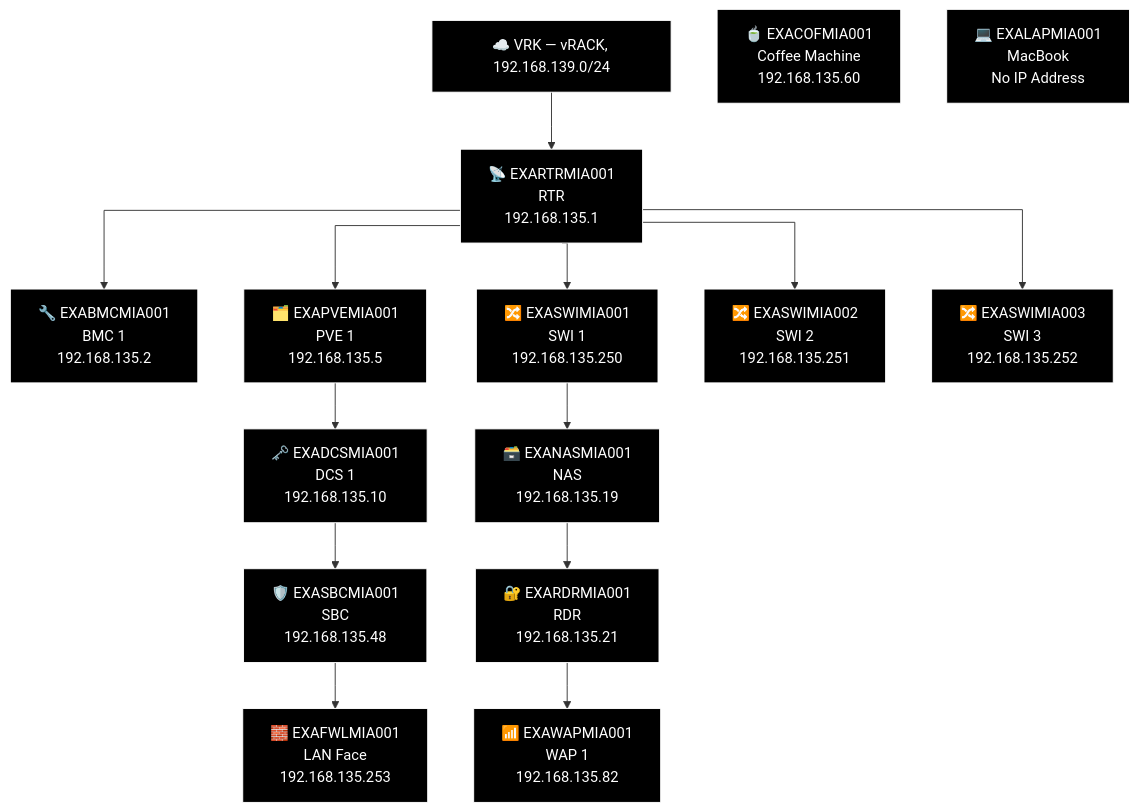
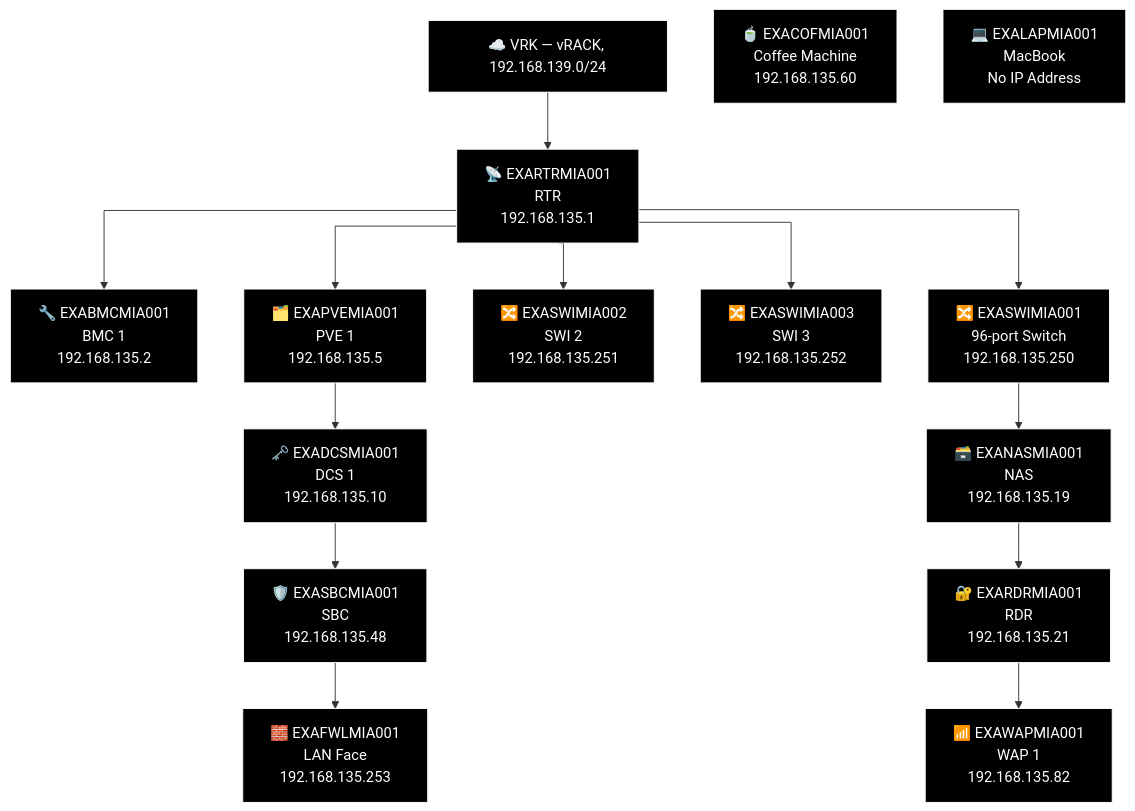
One commit to knightmare2600/example_music_infra changed diagram 11 of 21 in docs/network-diagram/united-states.md. Above: the diagram before and after it, drawn with Mermaid. The commit also changed other lines of this file and 20 other files, not shown here.

````diff
--- a/docs/network-diagram/united-states.md
+++ b/docs/network-diagram/united-states.md
@@ -441,44 +441,44 @@
 ```mermaid
 %% GENERATED:TOPOLOGY:MIA:START
 %%{init: {'flowchart': {'curve': 'stepAfter'}}}%%
 graph TD
     T_VRK["☁️ VRK — vRACK, 192.168.139.0/24"]
     T_RTR["📡 EXARTRMIA001<br/>RTR<br/>192.168.135.1"]
     T_VRK --> T_RTR
     T_BMC["🔧 EXABMCMIA001<br/>BMC 1<br/>192.168.135.2"]
     T_RTR --> T_BMC
     T_PVE["🗂️ EXAPVEMIA001<br/>PVE 1<br/>192.168.135.5"]
     T_RTR --> T_PVE
-    T_SWI["🔀 EXASWIMIA001<br/>SWI 1<br/>192.168.135.250"]
+    T_SWI["🔀 EXASWIMIA002<br/>SWI 2<br/>192.168.135.251"]
     T_RTR --> T_SWI
-    T_SWI2["🔀 EXASWIMIA002<br/>SWI 2<br/>192.168.135.251"]
+    T_SWI2["🔀 EXASWIMIA003<br/>SWI 3<br/>192.168.135.252"]
     T_RTR --> T_SWI2
-    T_SWI3["🔀 EXASWIMIA003<br/>SWI 3<br/>192.168.135.252"]
+    T_SWI3["🔀 EXASWIMIA001<br/>96-port Switch<br/>192.168.135.250"]
     T_RTR --> T_SWI3
     T_NAS["🗃️ EXANASMIA001<br/>NAS<br/>192.168.135.19"]
     T_RDR["🔐 EXARDRMIA001<br/>RDR<br/>192.168.135.21"]
     T_WAP["📶 EXAWAPMIA001<br/>WAP 1<br/>192.168.135.82"]
-    T_SWI --> T_NAS --> T_RDR --> T_WAP
+    T_SWI3 --> T_NAS --> T_RDR --> T_WAP
     T_DCS["🗝️ EXADCSMIA001<br/>DCS 1<br/>192.168.135.10"]
     T_SBC["🛡️ EXASBCMIA001<br/>SBC<br/>192.168.135.48"]
     T_FWL["🧱 EXAFWLMIA001<br/>LAN Face<br/>192.168.135.253"]
     T_PVE --> T_DCS --> T_SBC --> T_FWL
     T_COF["🍵 EXACOFMIA001<br/>Coffee Machine<br/>192.168.135.60"]
     T_LAP["💻 EXALAPMIA001<br/>MacBook<br/>No IP Address"]
     style T_VRK fill:#000000,stroke:#FFFFFF,color:#FFFFFF
     style T_RTR fill:#000000,stroke:#FFFFFF,color:#FFFFFF
     style T_BMC fill:#000000,stroke:#FFFFFF,color:#FFFFFF
     style T_PVE fill:#000000,stroke:#FFFFFF,color:#FFFFFF
     style T_SWI fill:#000000,stroke:#FFFFFF,color:#FFFFFF
     style T_SWI2 fill:#000000,stroke:#FFFFFF,color:#FFFFFF
     style T_SWI3 fill:#000000,stroke:#FFFFFF,color:#FFFFFF
     style T_NAS fill:#000000,stroke:#FFFFFF,color:#FFFFFF
     style T_RDR fill:#000000,stroke:#FFFFFF,color:#FFFFFF
     style T_WAP fill:#000000,stroke:#FFFFFF,color:#FFFFFF
     style T_DCS fill:#000000,stroke:#FFFFFF,color:#FFFFFF
     style T_SBC fill:#000000,stroke:#FFFFFF,color:#FFFFFF
     style T_FWL fill:#000000,stroke:#FFFFFF,color:#FFFFFF
     style T_COF fill:#000000,stroke:#FFFFFF,color:#FFFFFF
     style T_LAP fill:#000000,stroke:#FFFFFF,color:#FFFFFF
 %% GENERATED:TOPOLOGY:MIA:END
 ```
````
